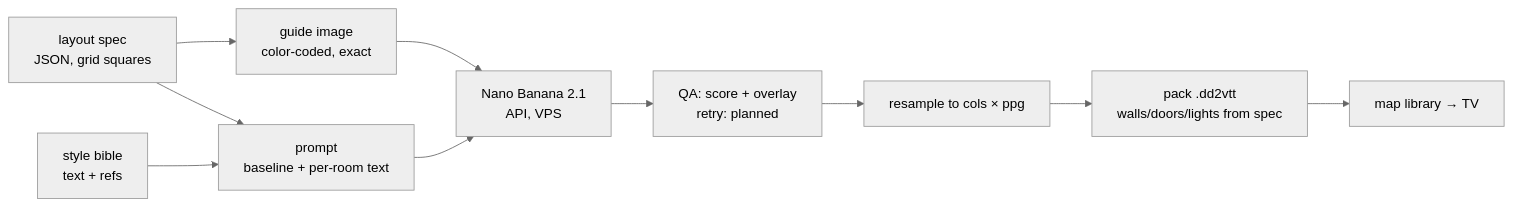
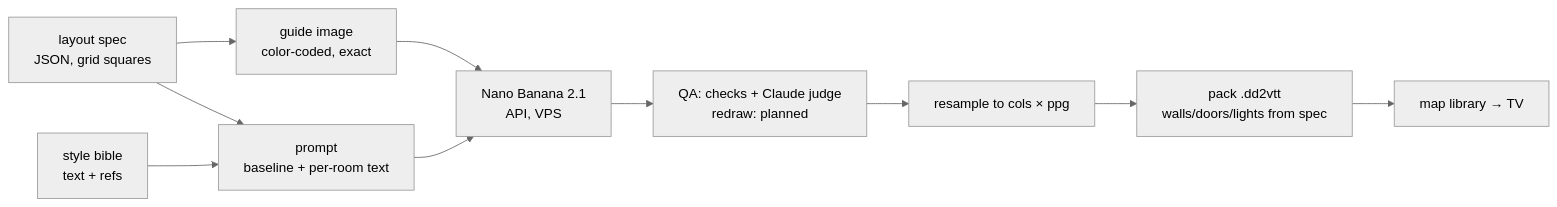
One commit to KasparOrange/battlemap changed the diagram in docs/ai-art.md. Above: the diagram before and after it, drawn with Mermaid (neutral theme). The commit also changed other lines of this file and 2 other files, not shown here.

````diff
--- a/docs/ai-art.md
+++ b/docs/ai-art.md
@@ -218,12 +251,12 @@
 ```mermaid
 flowchart LR
   S[layout spec<br/>JSON, grid squares] --> G[guide image<br/>color-coded, exact]
   S --> P[prompt<br/>baseline + per-room text]
   B[style bible<br/>text + refs] --> P
   G --> N[Nano Banana 2.1<br/>API, VPS]
   P --> N
-  N --> Q[QA: score + overlay<br/>retry: planned]
+  N --> Q[QA: checks + Claude judge<br/>redraw: planned]
   Q --> R[resample to cols × ppg]
   R --> V[pack .dd2vtt<br/>walls/doors/lights from spec]
   V --> L[map library → TV]
 ```
````
